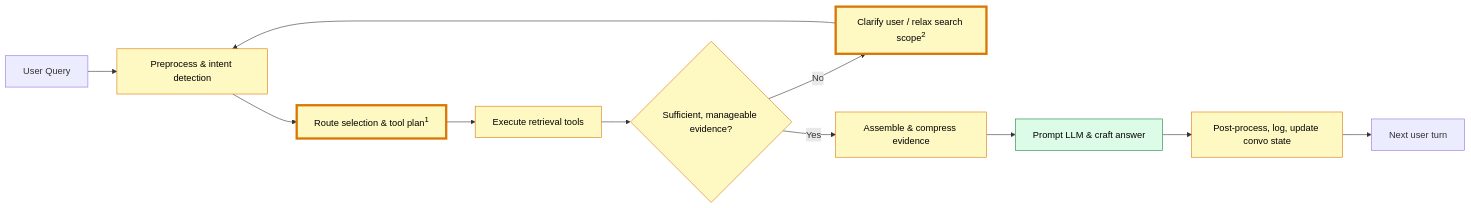
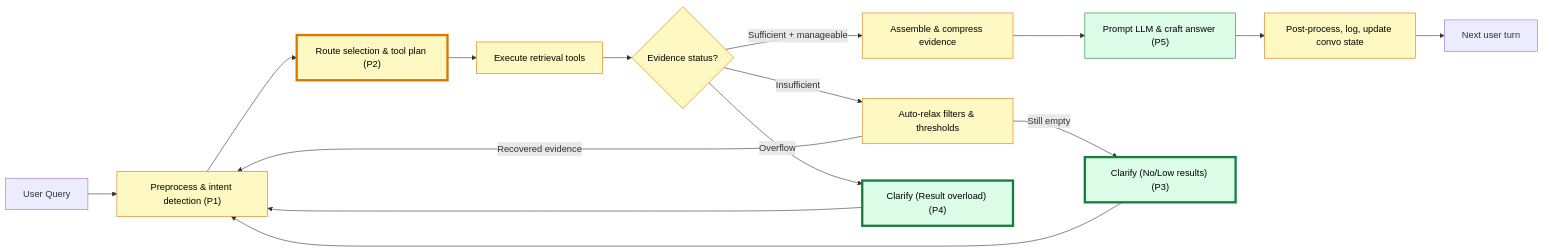
Before and after one commit to nobody-qwert/zzz_rag_xxx: the first of 3 diagrams in docs/architecture/rag_workflow.md, drawn with Mermaid. The commit also changed other lines of this file, not shown here.

Commit message:
Added prompt references and specific clarification paths (needs review)

````diff
--- a/docs/architecture/rag_workflow.md
+++ b/docs/architecture/rag_workflow.md
@@ -65,22 +72,29 @@
 ```mermaid
 flowchart LR
-    UQ[User Query] --> PRE[Preprocess & intent detection]
-    PRE --> ROUTE[Route selection & tool plan<sup>1</sup>]
+    UQ[User Query] --> PRE["Preprocess & intent detection (P1)"]
+    PRE --> ROUTE["Route selection & tool plan (P2)"]
     ROUTE --> EXEC[Execute retrieval tools]
-    EXEC --> EVAL{Sufficient, manageable evidence?}
-    EVAL -->|No| CLARIFY[Clarify user / relax search scope<sup>2</sup>]
-    CLARIFY --> PRE
-    EVAL -->|Yes| BUNDLE[Assemble & compress evidence]
-    BUNDLE --> PROMPT[Prompt LLM & craft answer]
+    EXEC --> EVAL{Evidence status?}
+    EVAL -->|Sufficient + manageable| BUNDLE[Assemble & compress evidence]
+    BUNDLE --> PROMPT["Prompt LLM & craft answer (P5)"]
     PROMPT --> POST[Post-process, log, update convo state]
     POST --> NEXT[Next user turn]
+
+    EVAL -->|Insufficient| RELAX[Auto-relax filters & thresholds]
+    RELAX -->|Recovered evidence| PRE
+    RELAX -->|Still empty| CLAR_NOLOW["Clarify (No/Low results) (P3)"]
+    EVAL -->|Overflow| CLAR_OVERLOAD["Clarify (Result overload) (P4)"]
+    CLAR_NOLOW --> PRE
+    CLAR_OVERLOAD --> PRE
 
     style PRE fill:#fef9c3,stroke:#d97706,color:#000
     style ROUTE fill:#fef9c3,stroke:#d97706,color:#000,stroke-width:4px
     style EXEC fill:#fef9c3,stroke:#d97706,color:#000
     style EVAL fill:#fef9c3,stroke:#d97706,color:#000
-    style CLARIFY fill:#fef9c3,stroke:#d97706,color:#000,stroke-width:4px
+    style RELAX fill:#fef9c3,stroke:#d97706,color:#000
+    style CLAR_NOLOW fill:#dcfce7,stroke:#15803d,color:#000,stroke-width:4px
+    style CLAR_OVERLOAD fill:#dcfce7,stroke:#15803d,color:#000,stroke-width:4px
     style BUNDLE fill:#fef9c3,stroke:#d97706,color:#000
     style PROMPT fill:#dcfce7,stroke:#15803d,color:#000
     style POST fill:#fef9c3,stroke:#d97706,color:#000
 ```
````
